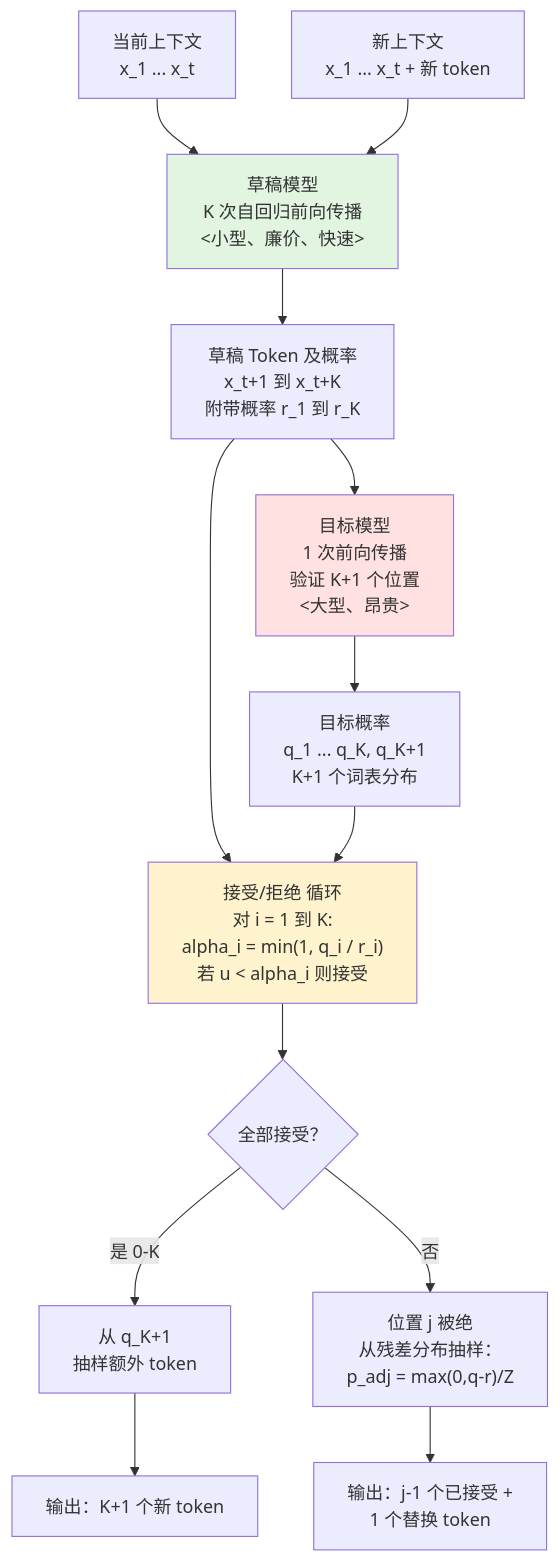
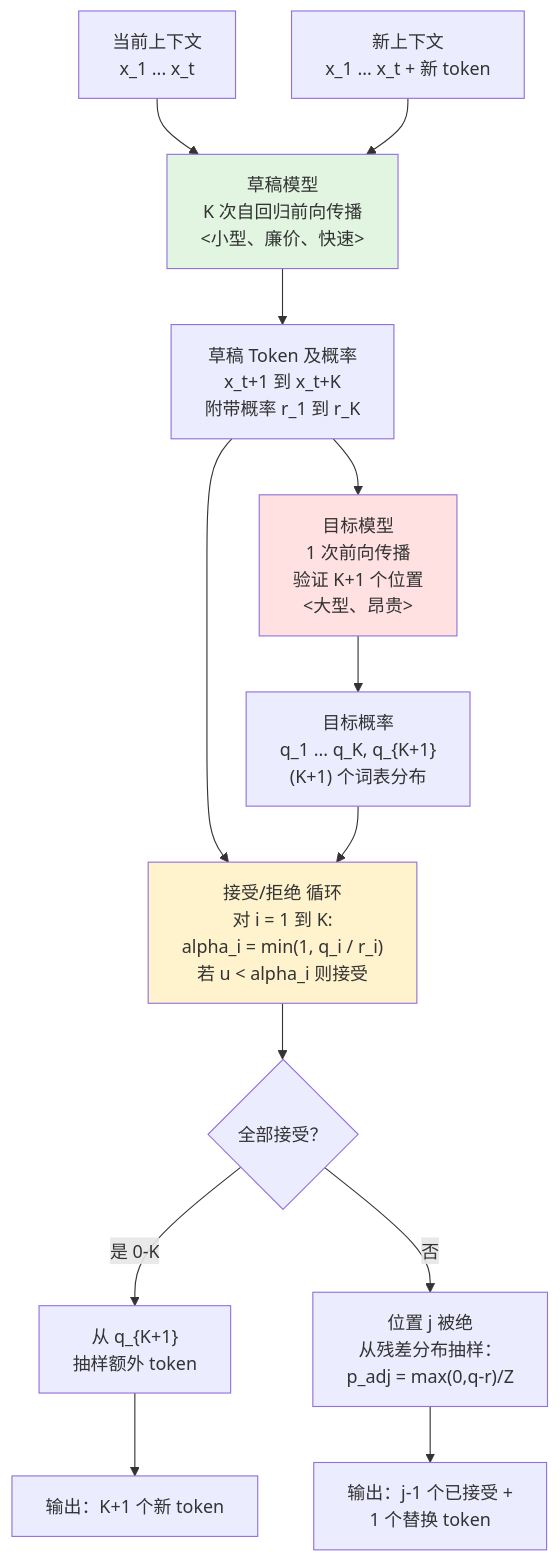
The first of 2 diagrams in tutorials/zh/03-speculative-decoding.md (Playitcooool/advanced-ai-daily), drawn with Mermaid before and after one commit. The commit also changed other lines of this file and 29 other files, not shown here.

First line of the commit message:
fix: use GitHub Pages URL for videos, fix Mermaid q_{K+1} parse error

````diff
--- a/tutorials/zh/03-speculative-decoding.md
+++ b/tutorials/zh/03-speculative-decoding.md
@@ -34,22 +34,22 @@
 ```mermaid
 flowchart TD
     Context["当前上下文\nx_1 ... x_t"] --> DraftGen["草稿模型\nK 次自回归前向传播\n<小型、廉价、快速>"]
     DraftGen --> DraftOut["草稿 Token 及概率\nx_t+1 到 x_t+K\n附带概率 r_1 到 r_K"]
     DraftOut --> Verification["目标模型\n1 次前向传播\n验证 K+1 个位置\n<大型、昂贵>"]
-    Verification --> TargetProbs["目标概率\nq_1 ... q_K, q_K+1\nK+1 个词表分布"]
+    Verification --> TargetProbs["目标概率\nq_1 ... q_K, q_{K+1}\n(K+1) 个词表分布"]
 
     DraftOut --> AcceptCheck["接受/拒绝 循环\n对 i = 1 到 K:\n  alpha_i = min(1, q_i / r_i)\n  若 u < alpha_i 则接受"]
     TargetProbs --> AcceptCheck
 
     AcceptCheck --> AllAccepted{"全部接受？"}
-    AllAccepted -->|是 0-K| Bonus["从 q_K+1\n抽样额外 token"]
+    AllAccepted -->|是 0-K| Bonus["从 q_{K+1}\n抽样额外 token"]
     AllAccepted -->|否| Rejection["位置 j 被绝\n从残差分布抽样：\np_adj = max(0,q-r)/Z"]
     Bonus --> Output["输出：K+1 个新 token"]
     Rejection --> OutputRej["输出：j-1 个已接受 +\n1 个替换 token"]
 
     OutputContext["新上下文\nx_1 ... x_t + 新 token"] --> DraftGen
 
     style DraftGen fill:#e1f5e1
     style Verification fill:#ffe1e1
     style AcceptCheck fill:#fff3cd
 ```
````
